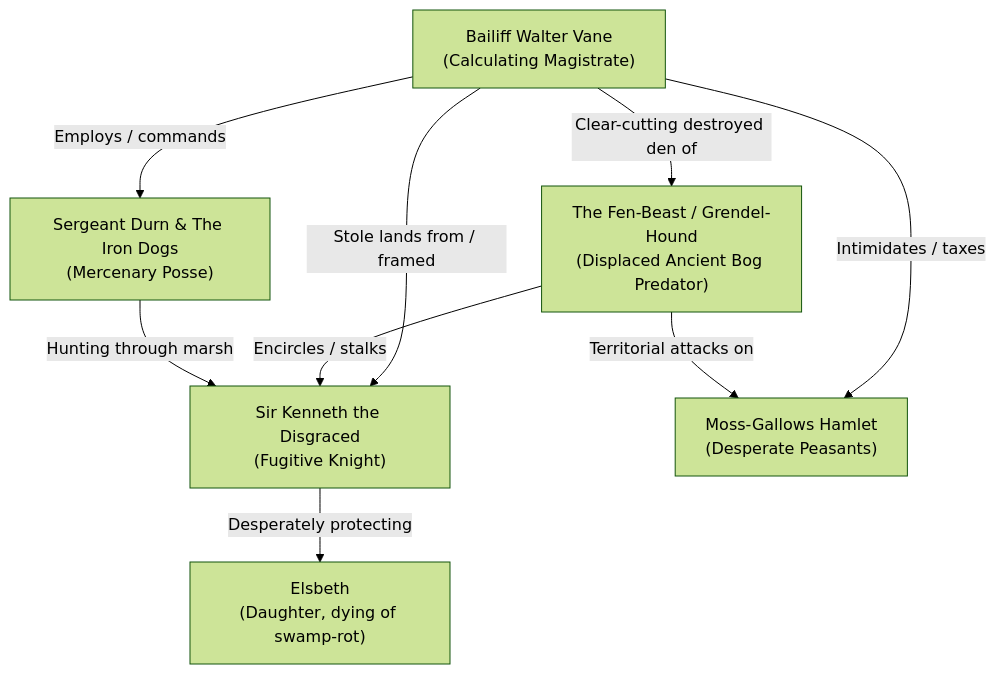
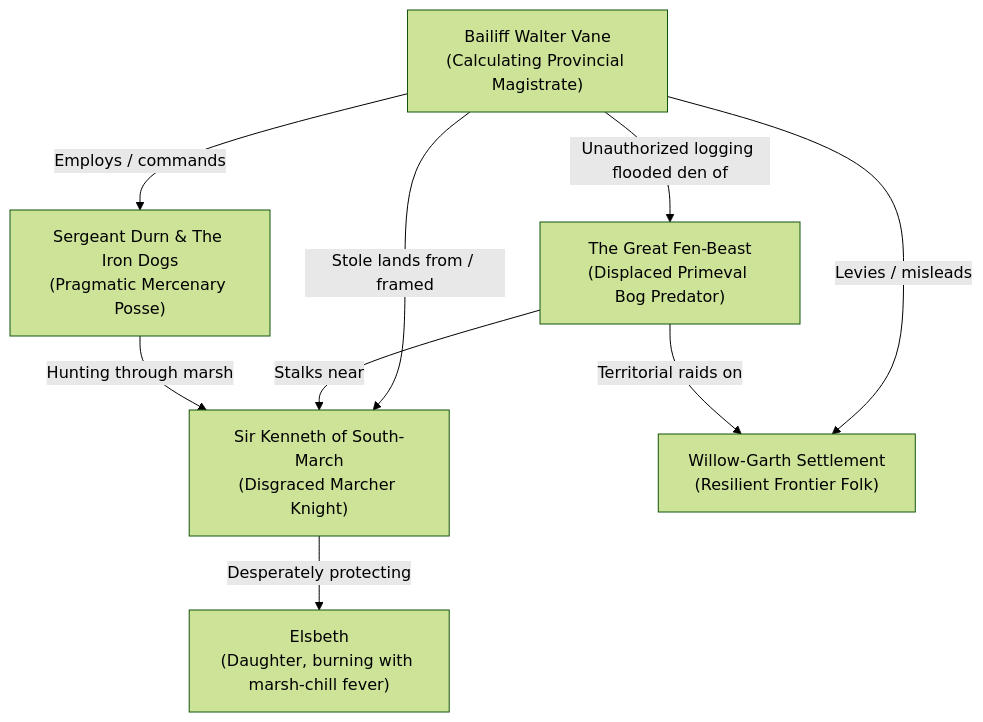
Before and after one commit to tdimiduk/cardpg: the diagram in design/iteration/campaign-weeping-fen/narrative-arc.md, drawn with Mermaid (forest theme). The commit also changed other lines of this file and 10 other files, not shown here.

````diff
--- a/design/iteration/campaign-weeping-fen/narrative-arc.md
+++ b/design/iteration/campaign-weeping-fen/narrative-arc.md
@@ -31,14 +31,14 @@
 ```mermaid
 flowchart TD
-    VANE["Bailiff Walter Vane<br/>(Calculating Magistrate)"] -- "Stole lands from / framed" --> KENNETH["Sir Kenneth the Disgraced<br/>(Fugitive Knight)"]
-    VANE -- "Employs / commands" --> POSSE["Sergeant Durn & The Iron Dogs<br/>(Mercenary Posse)"]
-    VANE -- "Intimidates / taxes" --> VILLAGE["Moss-Gallows Hamlet<br/>(Desperate Peasants)"]
+    VANE["Bailiff Walter Vane<br/>(Calculating Provincial Magistrate)"] -- "Stole lands from / framed" --> KENNETH["Sir Kenneth of South-March<br/>(Disgraced Marcher Knight)"]
+    VANE -- "Employs / commands" --> POSSE["Sergeant Durn & The Iron Dogs<br/>(Pragmatic Mercenary Posse)"]
+    VANE -- "Levies / misleads" --> VILLAGE["Willow-Garth Settlement<br/>(Resilient Frontier Folk)"]
 
-    KENNETH -- "Desperately protecting" --> ELSBETH["Elsbeth<br/>(Daughter, dying of swamp-rot)"]
+    KENNETH -- "Desperately protecting" --> ELSBETH["Elsbeth<br/>(Daughter, burning with marsh-chill fever)"]
 
-    BEAST["The Fen-Beast / Grendel-Hound<br/>(Displaced Ancient Bog Predator)"] -- "Territorial attacks on" --> VILLAGE
-    BEAST -- "Encircles / stalks" --> KENNETH
-    VANE -- "Clear-cutting destroyed den of" --> BEAST
+    BEAST["The Great Fen-Beast<br/>(Displaced Primeval Bog Predator)"] -- "Territorial raids on" --> VILLAGE
+    BEAST -- "Stalks near" --> KENNETH
+    VANE -- "Unauthorized logging flooded den of" --> BEAST
 
     POSSE -- "Hunting through marsh" --> KENNETH
 ```
````
